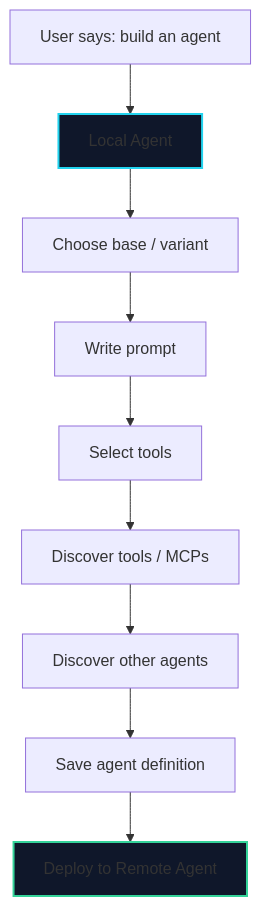
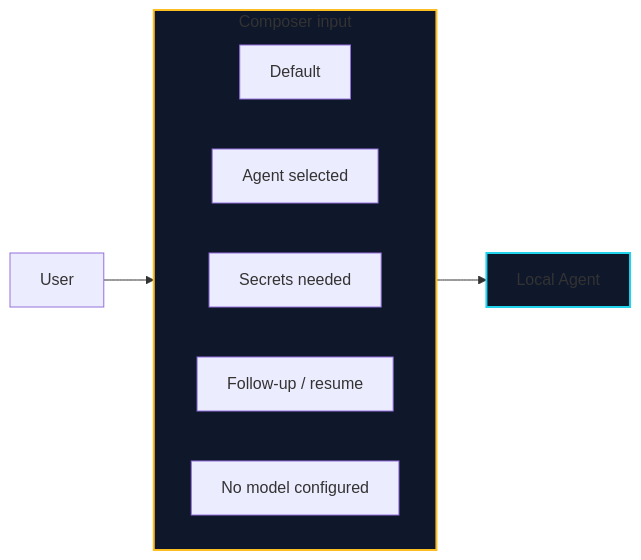
The fifth of 8 diagrams in docs/local-remote-agent-graph.md (AdrianTuci1/goble), drawn with Mermaid before and after one commit. The commit also changed other lines of this file, not shown here.

Commit message:
docs: clearer local-remote agent graph with runners, chat renderers, multi-turn state

````diff
--- a/docs/local-remote-agent-graph.md
+++ b/docs/local-remote-agent-graph.md
@@ -178,14 +232,17 @@
 ```mermaid
-flowchart TD
-    A["User says: build an agent"] --> B["Local Agent"]
-    B --> C["Choose base / variant"]
-    C --> D["Write prompt"]
-    D --> E["Select tools"]
-    E --> F["Discover tools / MCPs"]
-    F --> G["Discover other agents"]
-    G --> H["Save agent definition"]
-    H --> I["Deploy to Remote Agent"]
+flowchart LR
+    subgraph COMPOSER["Composer input"]
+        direction LR
+        C1["Default"]
+        C2["Agent selected"]
+        C3["Secrets needed"]
+        C4["Follow-up / resume"]
+        C5["No model configured"]
+    end
 
-    style B fill:#0f172a,stroke:#22d3ee,stroke-width:2px
-    style I fill:#0f172a,stroke:#34d399,stroke-width:2px
+    U["User"] --> COMPOSER
+    COMPOSER --> L["Local Agent"]
+
+    style COMPOSER fill:#0f172a,stroke:#fbbf24,stroke-width:2px
+    style L fill:#0f172a,stroke:#22d3ee,stroke-width:2px
 ```
````
